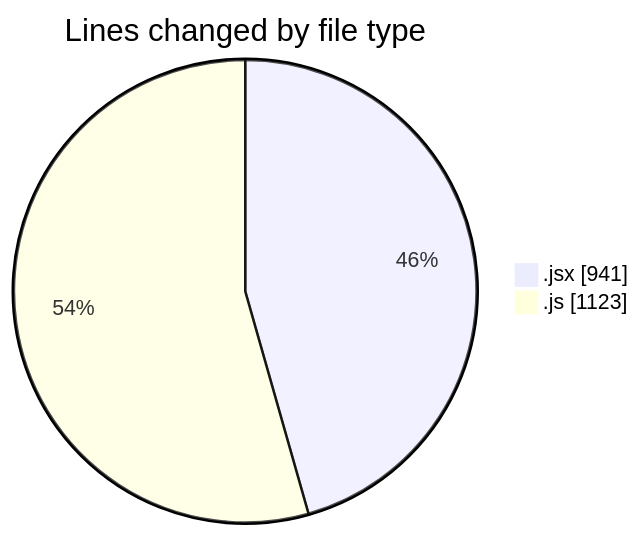
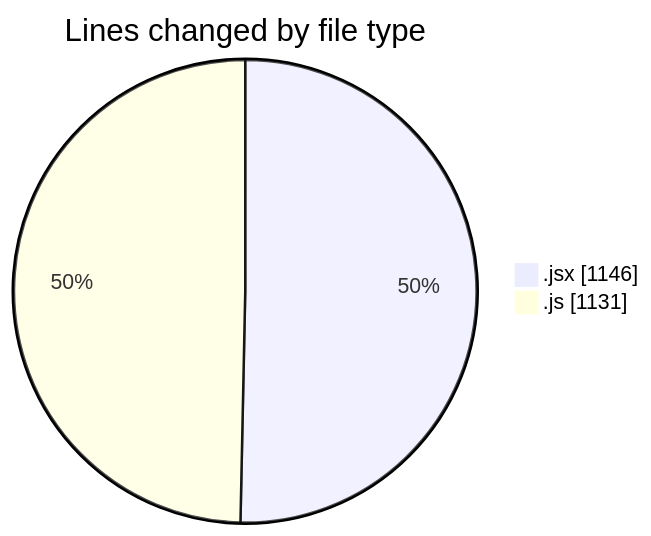
One commit to nxtqubesakshisongat/code-tracking changed the first of 2 diagrams in 2025-12-08/nxtqube_webapp/README.md. Above: the diagram before and after it, drawn with Mermaid. The commit also changed other lines of this file and 1 other file, not shown here.

````diff
--- a/2025-12-08/nxtqube_webapp/README.md
+++ b/2025-12-08/nxtqube_webapp/README.md
@@ -23,6 +24,6 @@
 ```mermaid
 pie showData
 title Lines changed by file type
-".jsx" : 941
-".js" : 1123
+".jsx" : 1146
+".js" : 1131
 ```
````
